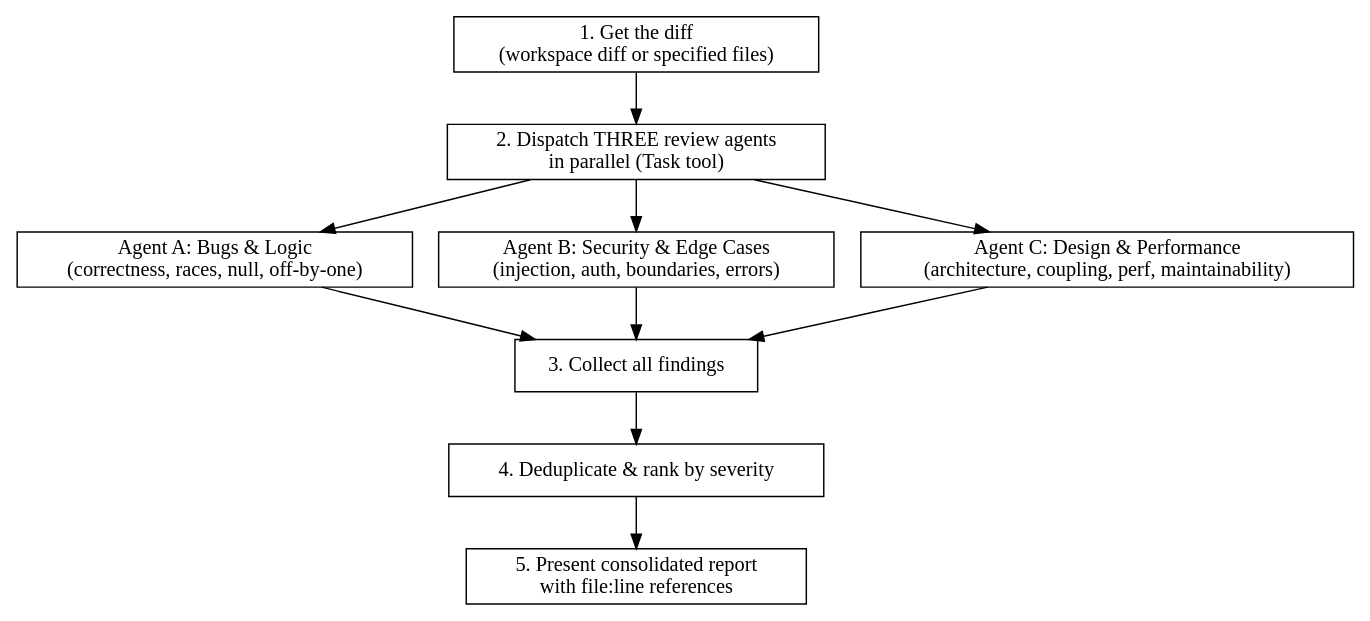
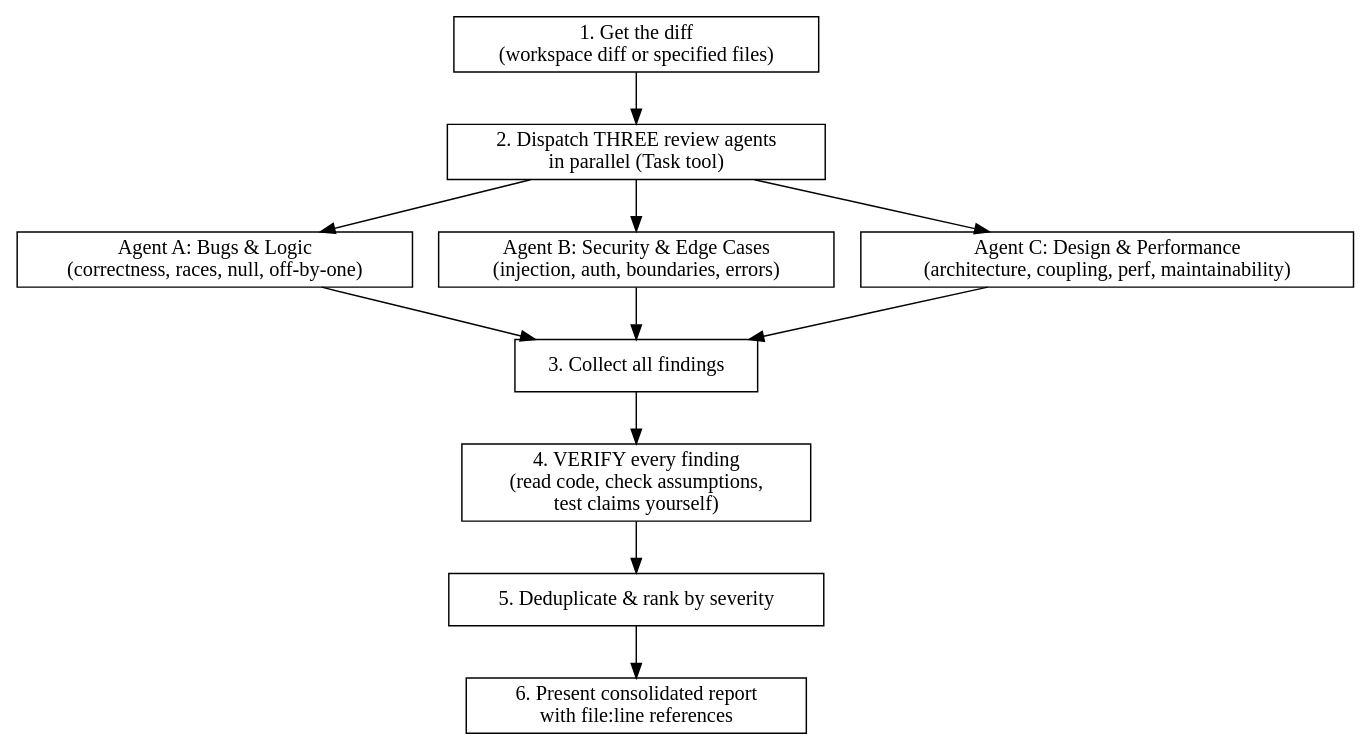
One commit to shrimalmadhur/agent-skills changed the diagram in skills/adversarial-review/SKILL.md. Above: the diagram before and after it, drawn with Graphviz. The commit also changed other lines of this file, not shown here.

````diff
--- a/skills/adversarial-review/SKILL.md
+++ b/skills/adversarial-review/SKILL.md
@@ -28,25 +29,27 @@
 ```dot
 digraph review {
     rankdir=TB;
     node [shape=box];
 
     diff [label="1. Get the diff\n(workspace diff or specified files)"];
     dispatch [label="2. Dispatch THREE review agents\nin parallel (Task tool)"];
     a1 [label="Agent A: Bugs & Logic\n(correctness, races, null, off-by-one)"];
     a2 [label="Agent B: Security & Edge Cases\n(injection, auth, boundaries, errors)"];
     a3 [label="Agent C: Design & Performance\n(architecture, coupling, perf, maintainability)"];
     collect [label="3. Collect all findings"];
-    dedup [label="4. Deduplicate & rank by severity"];
-    report [label="5. Present consolidated report\nwith file:line references"];
+    verify [label="4. VERIFY every finding\n(read code, check assumptions,\ntest claims yourself)"];
+    dedup [label="5. Deduplicate & rank by severity"];
+    report [label="6. Present consolidated report\nwith file:line references"];
 
     diff -> dispatch;
     dispatch -> a1;
     dispatch -> a2;
     dispatch -> a3;
     a1 -> collect;
     a2 -> collect;
     a3 -> collect;
-    collect -> dedup;
+    collect -> verify;
+    verify -> dedup;
     dedup -> report;
 }
 ```
````
